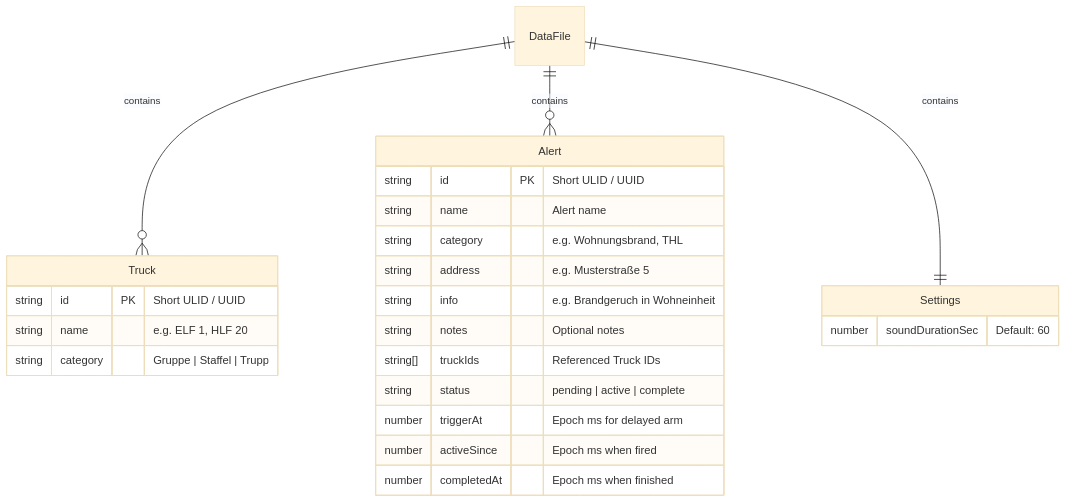
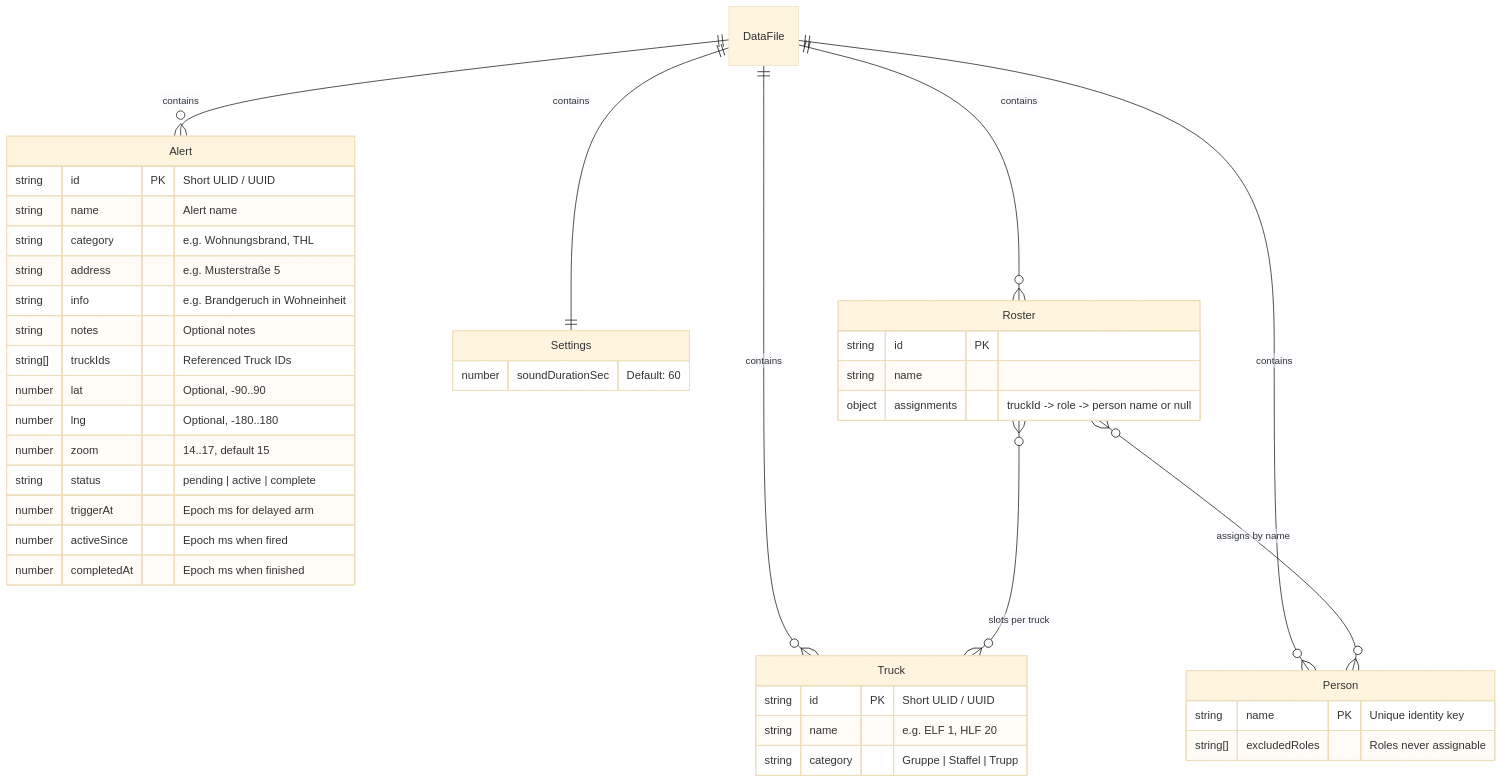
Before and after one commit to dwnoll/bft: the second of 5 diagrams in docs/architecture.md, drawn with Mermaid (base theme). The commit also changed other lines of this file and 29 other files, not shown here.

````diff
--- a/docs/architecture.md
+++ b/docs/architecture.md
@@ -113,30 +140,48 @@
 ```mermaid
 erDiagram
     DataFile ||--o{ Truck : contains
     DataFile ||--o{ Alert : contains
     DataFile ||--|| Settings : contains
+    DataFile ||--o{ Person : contains
+    DataFile ||--o{ Roster : contains
+    Roster }o--o{ Person : "assigns by name"
+    Roster }o--o{ Truck : "slots per truck"
 
     Truck {
         string id PK "Short ULID / UUID"
         string name "e.g. ELF 1, HLF 20"
         string category "Gruppe | Staffel | Trupp"
     }
 
     Alert {
         string id PK "Short ULID / UUID"
         string name "Alert name"
         string category "e.g. Wohnungsbrand, THL"
         string address "e.g. Musterstraße 5"
         string info "e.g. Brandgeruch in Wohneinheit"
         string notes "Optional notes"
         string[] truckIds "Referenced Truck IDs"
+        number lat "Optional, -90..90"
+        number lng "Optional, -180..180"
+        number zoom "14..17, default 15"
         string status "pending | active | complete"
         number triggerAt "Epoch ms for delayed arm"
         number activeSince "Epoch ms when fired"
         number completedAt "Epoch ms when finished"
     }
 
     Settings {
         number soundDurationSec "Default: 60"
     }
+
+    Person {
+        string name PK "Unique identity key"
+        string[] excludedRoles "Roles never assignable"
+    }
+
+    Roster {
+        string id PK
+        string name
+        object assignments "truckId -> role -> person name or null"
+    }
 ```
````
